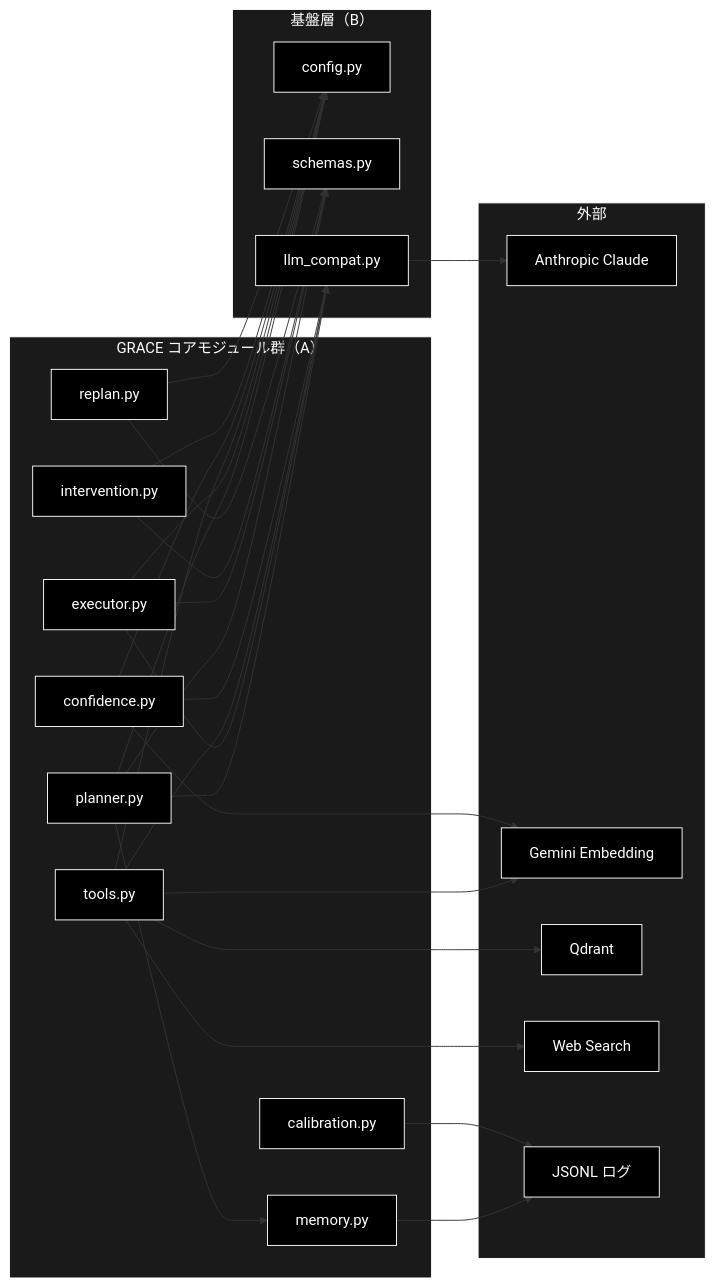
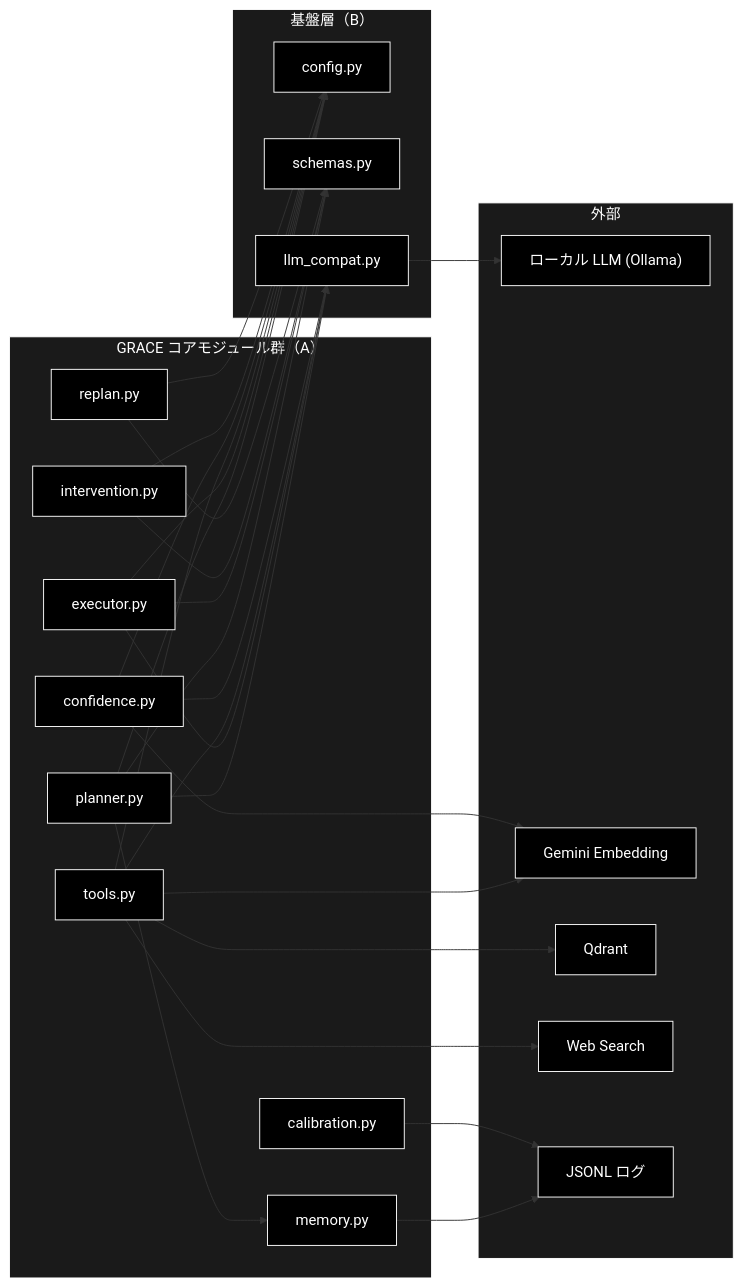
One commit to nakashima2toshio/grace_v2_local changed the sixth of 6 diagrams in grace/docs/grace_core.md. Above: the diagram before and after it, drawn with Mermaid. The commit also changed other lines of this file and 4 other files, not shown here.

````diff
--- a/grace/docs/grace_core.md
+++ b/grace/docs/grace_core.md
@@ -866,57 +892,57 @@
 ```mermaid
 flowchart LR
     subgraph CORE["GRACE コアモジュール群（A）"]
         PLANNER["planner.py"]
         EXECUTOR["executor.py"]
         TOOLS["tools.py"]
         CONFIDENCE["confidence.py"]
         CALIBRATION["calibration.py"]
         INTERVENTION["intervention.py"]
         REPLAN["replan.py"]
         MEMORY["memory.py"]
     end
 
     subgraph BASE["基盤層（B）"]
         CONFIG["config.py"]
         SCHEMAS["schemas.py"]
         LLMCOMPAT["llm_compat.py"]
     end
 
     subgraph EXT["外部"]
-        ANTHROPIC["Anthropic Claude"]
+        OLLAMA["ローカル LLM (Ollama)"]
         GEMINI["Gemini Embedding"]
         QDRANT["Qdrant"]
         WEB["Web Search"]
         JSONL["JSONL ログ"]
     end
 
     PLANNER --> CONFIG
     PLANNER --> SCHEMAS
     PLANNER --> LLMCOMPAT
     PLANNER --> MEMORY
     EXECUTOR --> CONFIG
     EXECUTOR --> SCHEMAS
     EXECUTOR --> LLMCOMPAT
     TOOLS --> CONFIG
     TOOLS --> LLMCOMPAT
     CONFIDENCE --> CONFIG
     CONFIDENCE --> LLMCOMPAT
     INTERVENTION --> CONFIG
     INTERVENTION --> SCHEMAS
     REPLAN --> CONFIG
     REPLAN --> SCHEMAS
 
-    LLMCOMPAT --> ANTHROPIC
+    LLMCOMPAT --> OLLAMA
     TOOLS --> GEMINI
     TOOLS --> QDRANT
     TOOLS --> WEB
     CONFIDENCE --> GEMINI
     MEMORY --> JSONL
     CALIBRATION --> JSONL
 classDef default fill:#000,stroke:#fff,color:#fff
 classDef subgraphStyle fill:#1a1a1a,stroke:#fff,color:#fff
-class PLANNER,EXECUTOR,TOOLS,CONFIDENCE,CALIBRATION,INTERVENTION,REPLAN,MEMORY,CONFIG,SCHEMAS,LLMCOMPAT,ANTHROPIC,GEMINI,QDRANT,WEB,JSONL default
+class PLANNER,EXECUTOR,TOOLS,CONFIDENCE,CALIBRATION,INTERVENTION,REPLAN,MEMORY,CONFIG,SCHEMAS,LLMCOMPAT,OLLAMA,GEMINI,QDRANT,WEB,JSONL default
 style CORE fill:#1a1a1a,stroke:#fff,color:#fff
 style BASE fill:#1a1a1a,stroke:#fff,color:#fff
 style EXT fill:#1a1a1a,stroke:#fff,color:#fff
 ```
````
